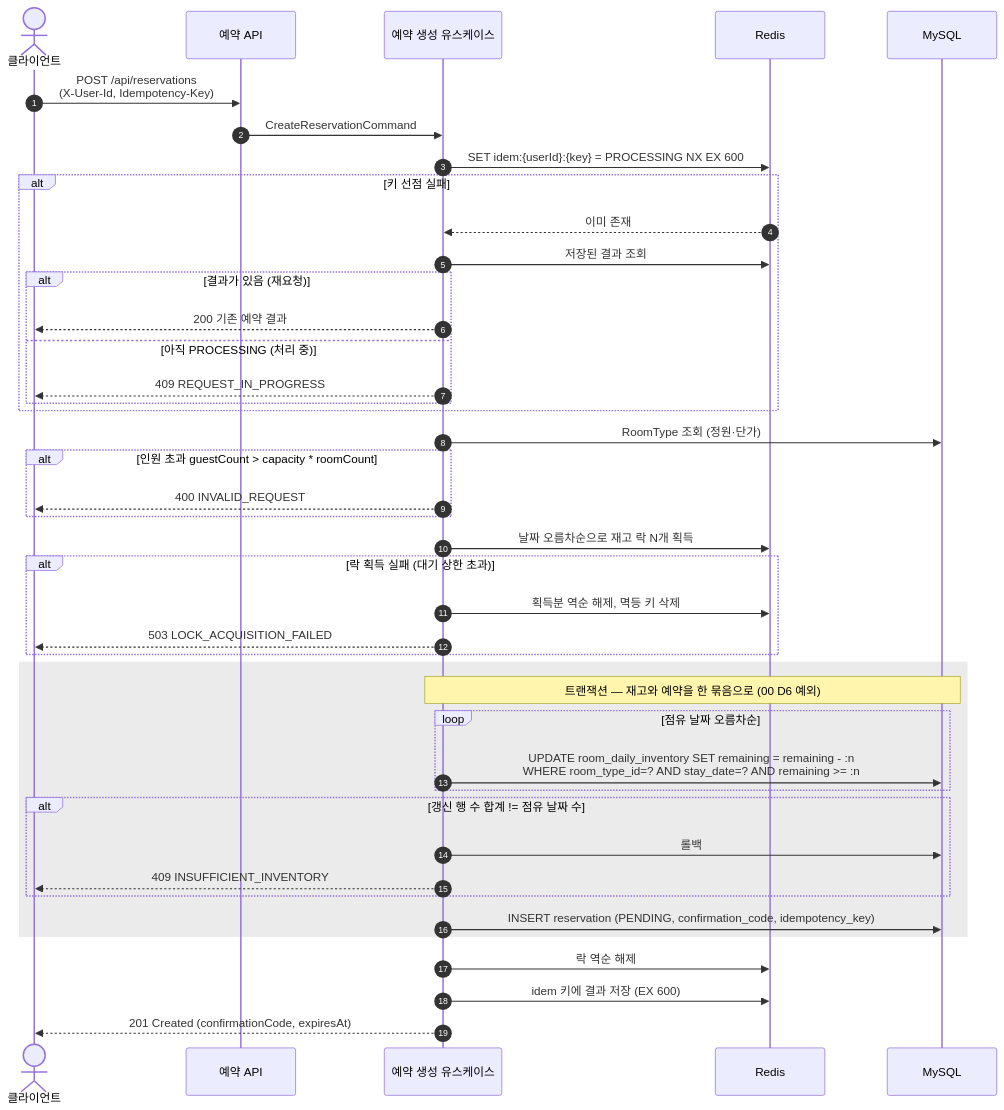
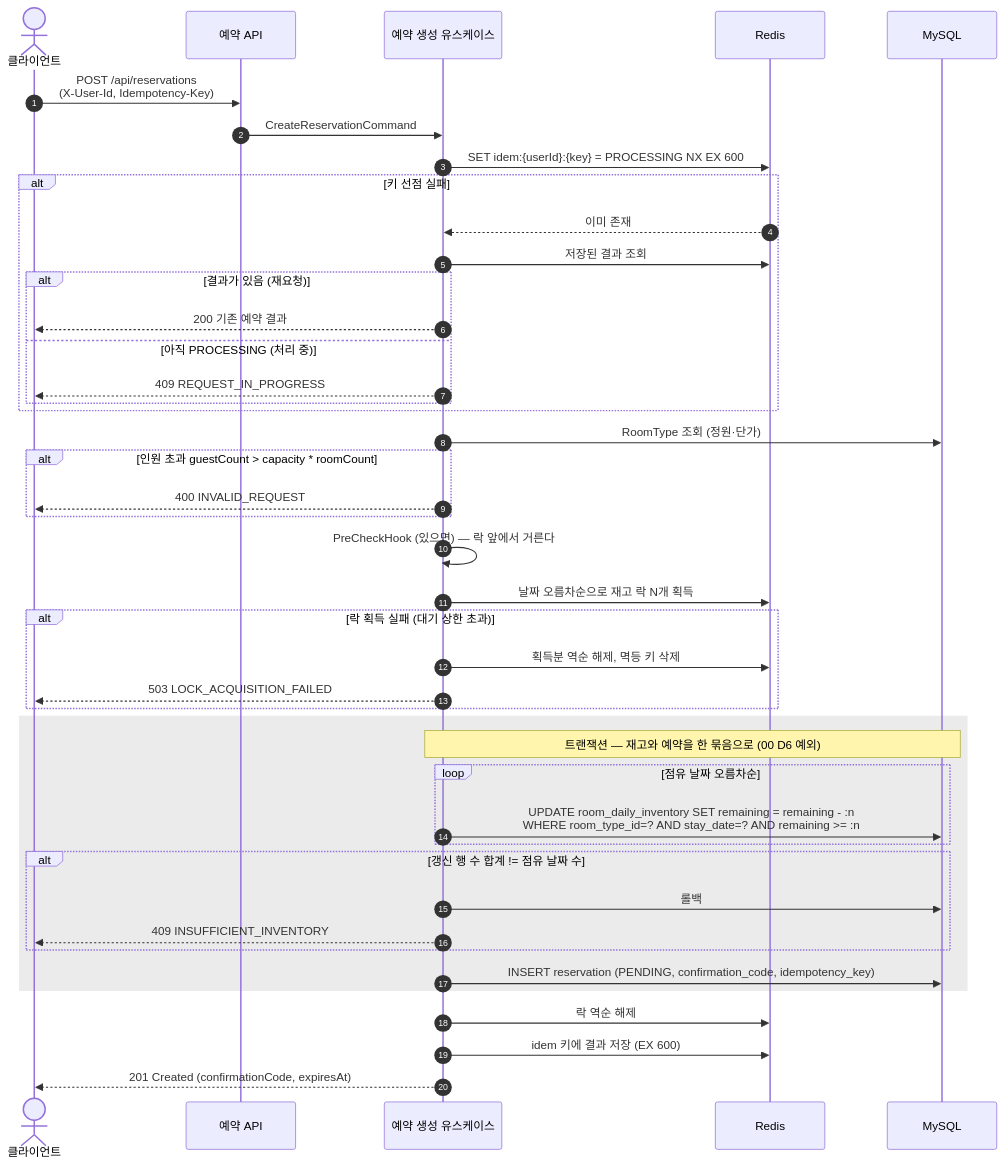
Before and after one commit to Diocto/pms: the fifth of 9 diagrams in docs/spec/F01-예약-코어.md, drawn with Mermaid. The commit also changed other lines of this file and 3 other files, not shown here.

````diff
--- a/docs/spec/F01-예약-코어.md
+++ b/docs/spec/F01-예약-코어.md
@@ -565,45 +661,46 @@
 ```mermaid
 sequenceDiagram
     autonumber
     actor C as 클라이언트
     participant API as 예약 API
     participant UC as 예약 생성 유스케이스
     participant R as Redis
     participant DB as MySQL
 
     C->>API: POST /api/reservations<br/>(X-User-Id, Idempotency-Key)
     API->>UC: CreateReservationCommand
     UC->>R: SET idem:{userId}:{key} = PROCESSING NX EX 600
     alt 키 선점 실패
         R-->>UC: 이미 존재
         UC->>R: 저장된 결과 조회
         alt 결과가 있음 (재요청)
             UC-->>C: 200 기존 예약 결과
         else 아직 PROCESSING (처리 중)
             UC-->>C: 409 REQUEST_IN_PROGRESS
         end
     end
     UC->>DB: RoomType 조회 (정원·단가)
     alt 인원 초과 guestCount > capacity * roomCount
         UC-->>C: 400 INVALID_REQUEST
     end
+    UC->>UC: PreCheckHook (있으면) — 락 앞에서 거른다
     UC->>R: 날짜 오름차순으로 재고 락 N개 획득
     alt 락 획득 실패 (대기 상한 초과)
         UC->>R: 획득분 역순 해제, 멱등 키 삭제
         UC-->>C: 503 LOCK_ACQUISITION_FAILED
     end
     rect rgb(235, 235, 235)
         note over UC,DB: 트랜잭션 — 재고와 예약을 한 묶음으로 (00 D6 예외)
         loop 점유 날짜 오름차순
             UC->>DB: UPDATE room_daily_inventory SET remaining = remaining - :n<br/>WHERE room_type_id=? AND stay_date=? AND remaining >= :n
         end
         alt 갱신 행 수 합계 != 점유 날짜 수
             UC->>DB: 롤백
             UC-->>C: 409 INSUFFICIENT_INVENTORY
         end
         UC->>DB: INSERT reservation (PENDING, confirmation_code, idempotency_key)
     end
     UC->>R: 락 역순 해제
     UC->>R: idem 키에 결과 저장 (EX 600)
     UC-->>C: 201 Created (confirmationCode, expiresAt)
 ```
````
